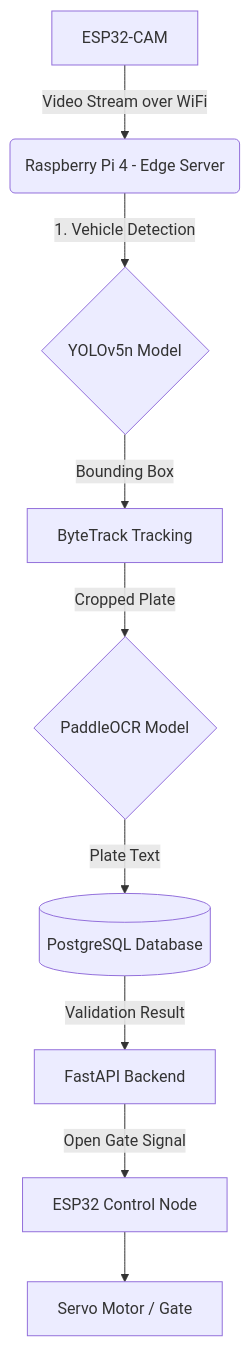
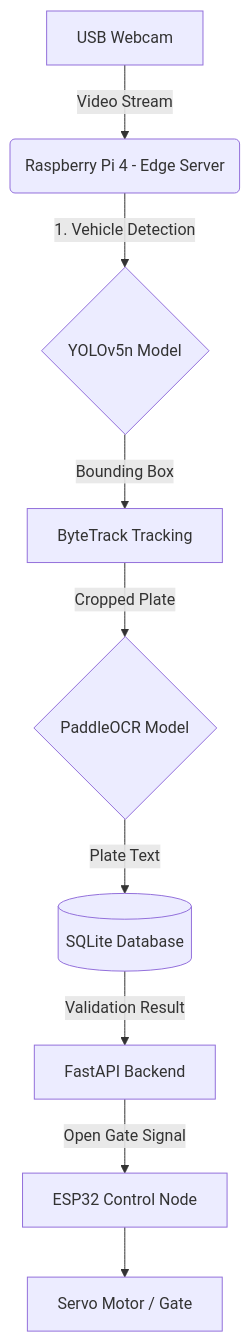
The diagram in README.md (thien2411-vn/Edge_AI_for_Vehicle_Monitoring), drawn with Mermaid before and after one commit. The commit also changed other lines of this file and 56 other files, not shown here.

Commit message:
refactor: integrate new AI pipeline, switch to SQLite & USB Webcam, and polish README

````diff
--- a/README.md
+++ b/README.md
@@ -11,11 +11,11 @@
 ```mermaid
 graph TD
-    A[ESP32-CAM] -->|Video Stream over WiFi| B(Raspberry Pi 4 - Edge Server)
+    A[USB Webcam] -->|Video Stream| B(Raspberry Pi 4 - Edge Server)
     B -->|1. Vehicle Detection| C{YOLOv5n Model}
     C -->|Bounding Box| D[ByteTrack Tracking]
     D -->|Cropped Plate| E{PaddleOCR Model}
-    E -->|Plate Text| F[(PostgreSQL Database)]
+    E -->|Plate Text| F[(SQLite Database)]
     F -->|Validation Result| G[FastAPI Backend]
     G -->|Open Gate Signal| H[ESP32 Control Node]
     H --> I[Servo Motor / Gate]
 ```
````
